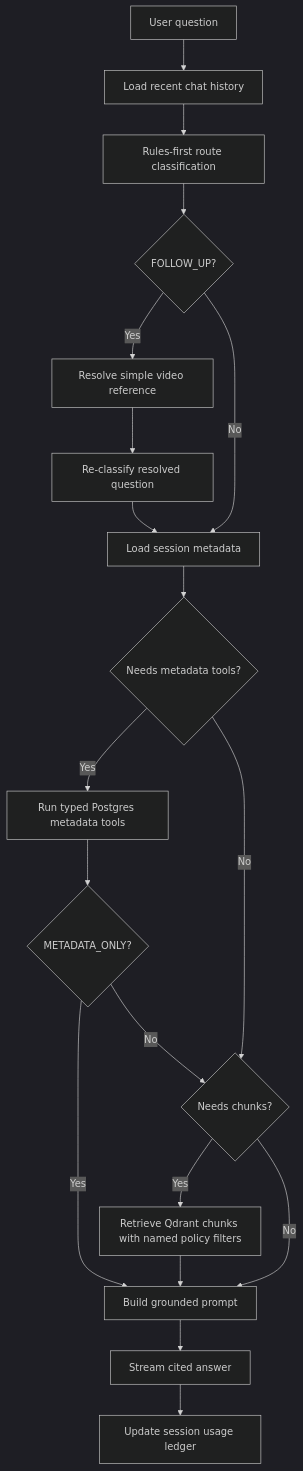
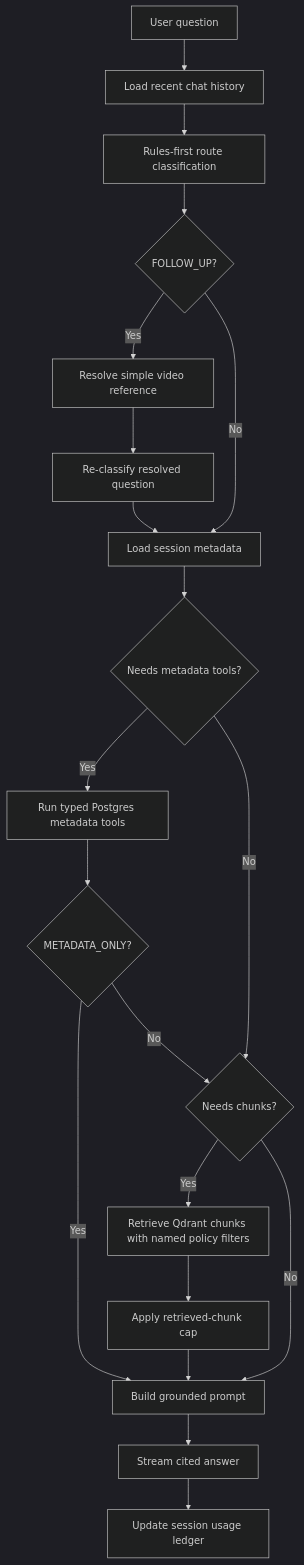
One commit to nirmaljb/CreatorGPT changed the diagram in docs/phase/phase-2.md. Above: the diagram before and after it, drawn with Mermaid (dark theme). The commit also changed other lines of this file and 19 other files, not shown here.

````diff
--- a/docs/phase/phase-2.md
+++ b/docs/phase/phase-2.md
@@ -80,21 +96,22 @@
 ```mermaid
 flowchart TD
     Q[User question] --> H[Load recent chat history]
     H --> R[Rules-first route classification]
     R --> F{FOLLOW_UP?}
     F -- Yes --> Resolve[Resolve simple video reference]
     Resolve --> R2[Re-classify resolved question]
     F -- No --> M[Load session metadata]
     R2 --> M
     M --> T{Needs metadata tools?}
     T -- Yes --> PG[Run typed Postgres metadata tools]
     T -- No --> C{Needs chunks?}
     PG --> DoneMeta{METADATA_ONLY?}
     DoneMeta -- Yes --> Prompt[Build grounded prompt]
     DoneMeta -- No --> C
     C -- Yes --> QD[Retrieve Qdrant chunks with named policy filters]
     C -- No --> Prompt
-    QD --> Prompt
+    QD --> Cap[Apply retrieved-chunk cap]
+    Cap --> Prompt
     Prompt --> Stream[Stream cited answer]
     Stream --> Ledger[Update session usage ledger]
 ```
````
